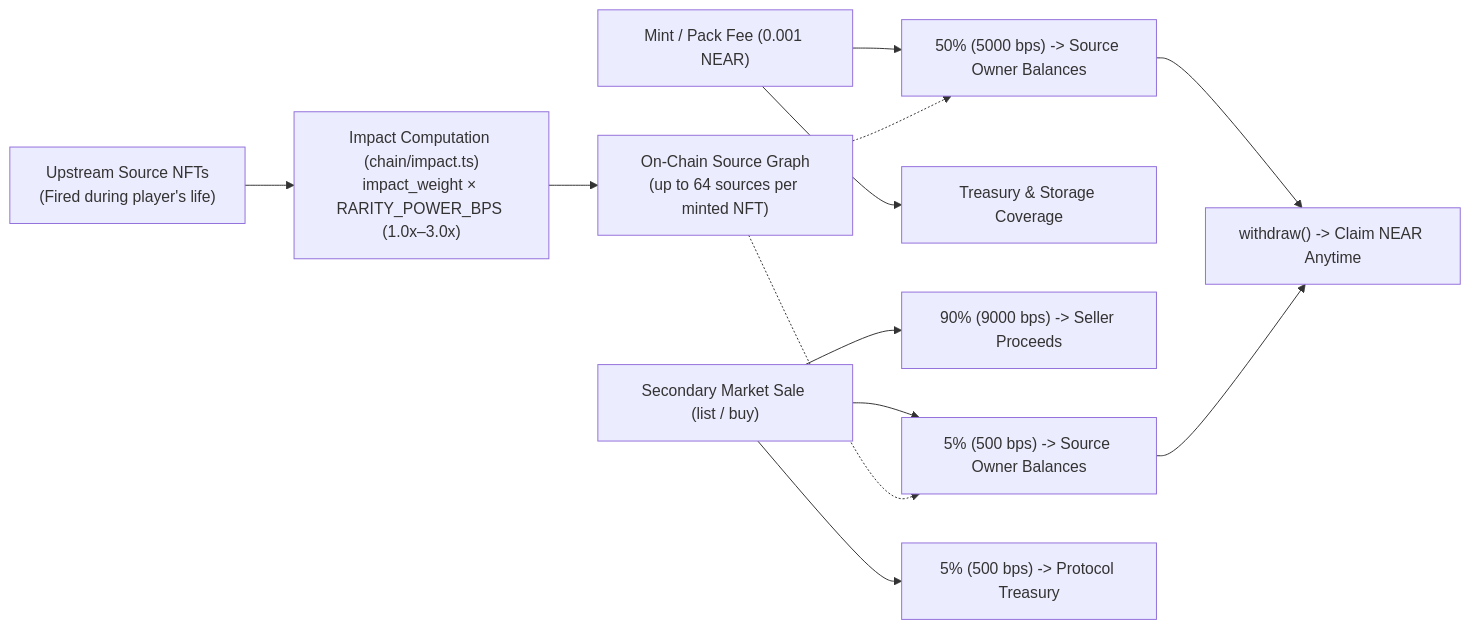
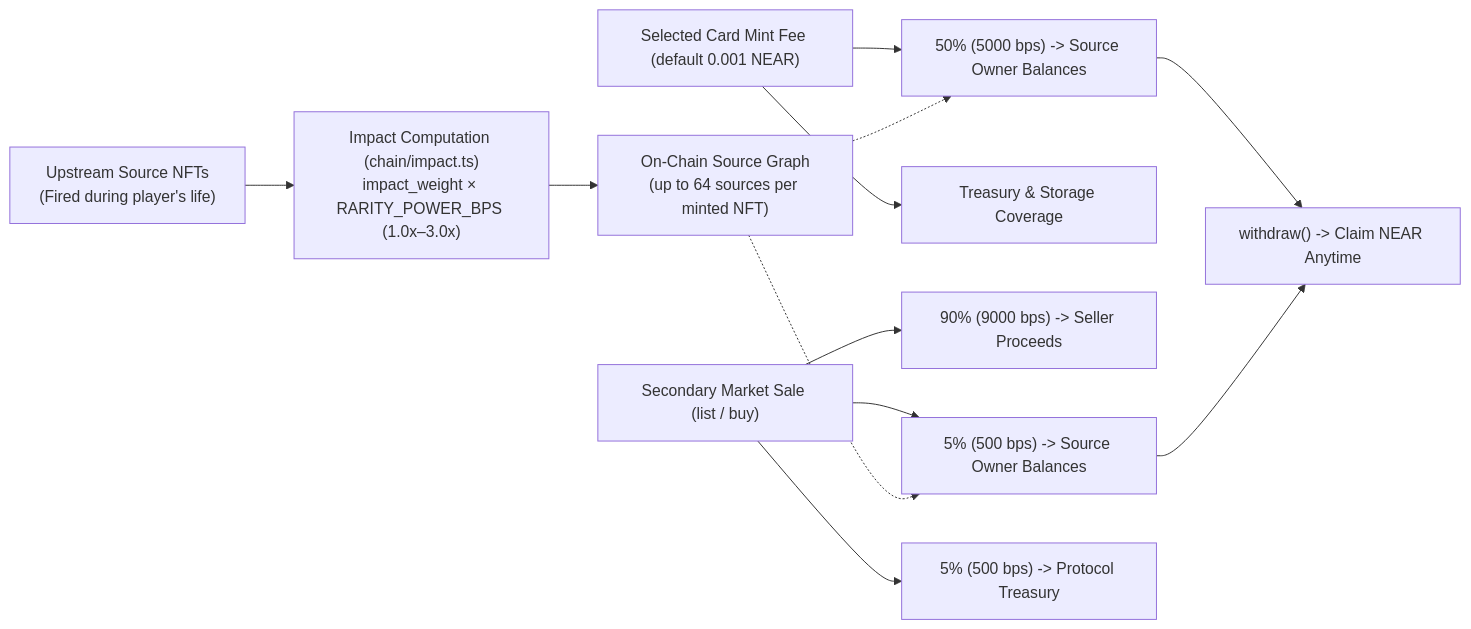
The third of 3 diagrams in README.md (kvnhoag/everfolk), drawn with Mermaid before and after one commit. The commit also changed other lines of this file, not shown here.

````diff
--- a/README.md
+++ b/README.md
@@ -343,14 +369,14 @@
 ```mermaid
 flowchart LR
     Src["Upstream Source NFTs<br/>(Fired during player's life)"] --> Weight["Impact Computation (chain/impact.ts)<br/>impact_weight × RARITY_POWER_BPS (1.0x–3.0x)"]
     Weight --> Graph["On-Chain Source Graph<br/>(up to 64 sources per minted NFT)"]
-    Mint["Mint / Pack Fee (0.001 NEAR)"] --> MintSrc["50% (5000 bps) -> Source Owner Balances"]
+    Mint["Selected Card Mint Fee (default 0.001 NEAR)"] --> MintSrc["50% (5000 bps) -> Source Owner Balances"]
     Mint --> MintTrea["Treasury & Storage Coverage"]
     Sale["Secondary Market Sale (list / buy)"] --> Seller["90% (9000 bps) -> Seller Proceeds"]
     Sale --> SaleSrc["5% (500 bps) -> Source Owner Balances"]
     Sale --> SaleTrea["5% (500 bps) -> Protocol Treasury"]
     Graph -.-> MintSrc
     Graph -.-> SaleSrc
     MintSrc --> Withdraw["withdraw() -> Claim NEAR Anytime"]
     SaleSrc --> Withdraw
 ```
````
